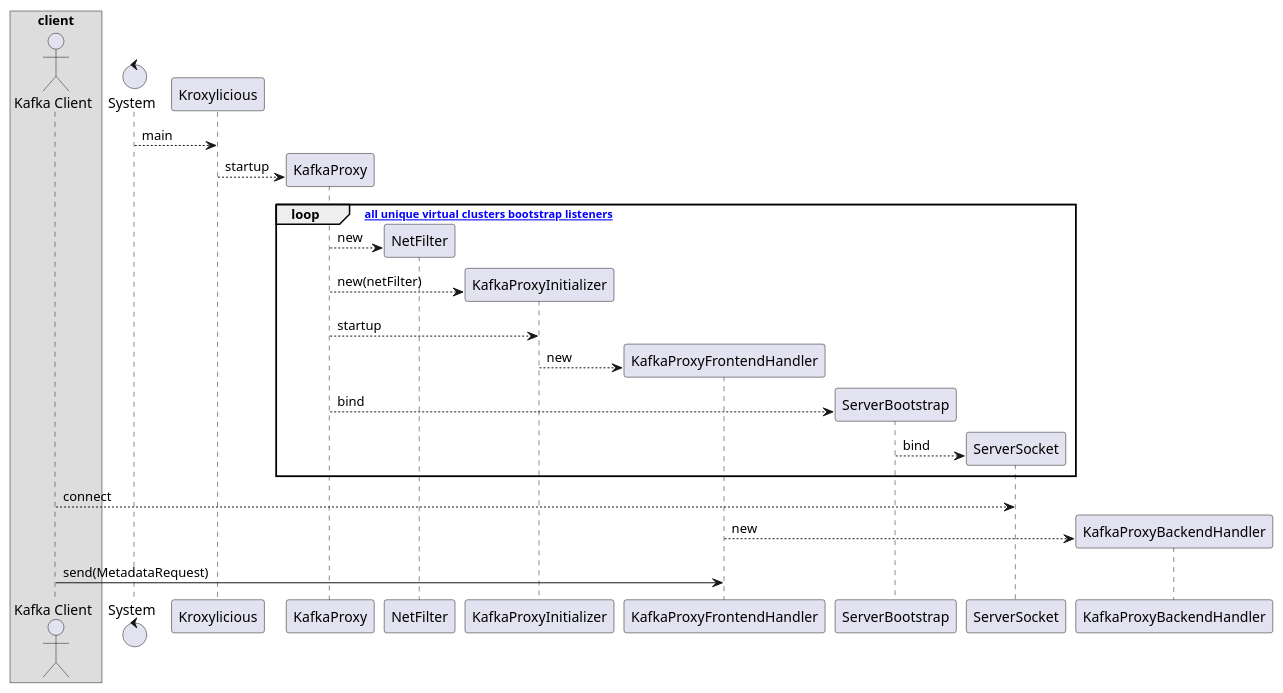
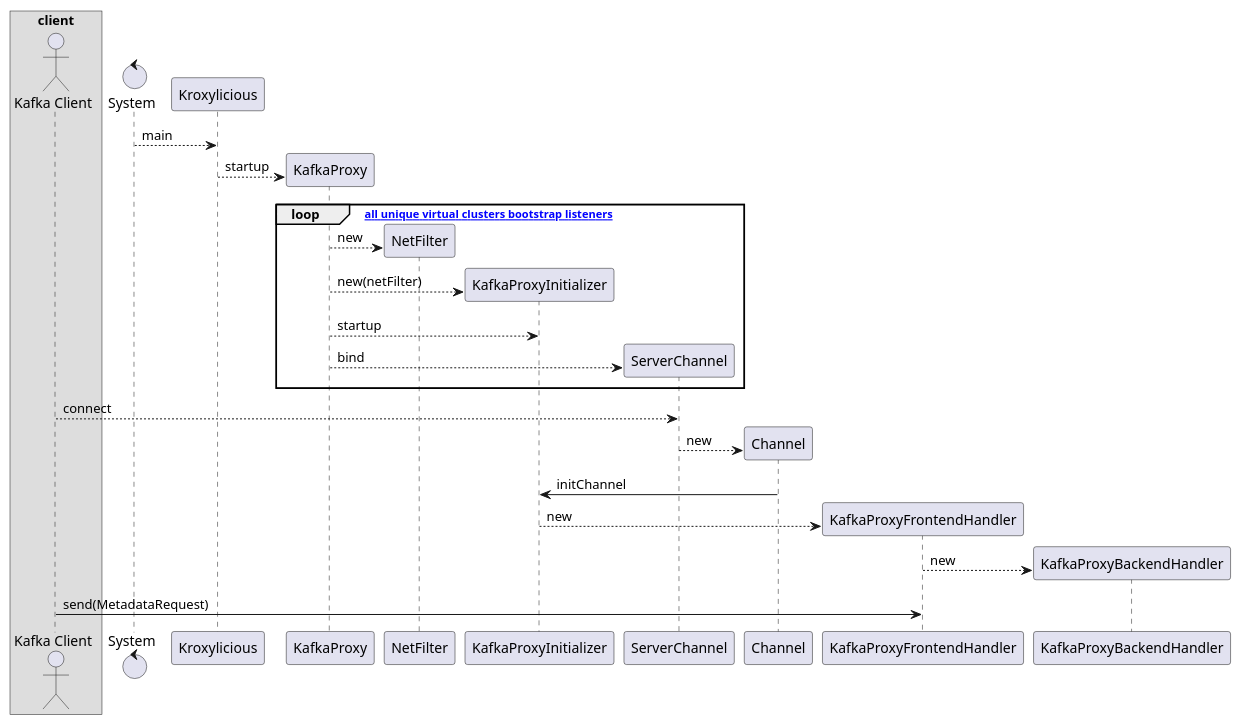
One commit to kroxylicious/design changed the diagram in proposals/001/seq.puml. Above: the diagram before and after it, drawn with PlantUML.

Commit message:
Update seq.puml
update

```diff
--- a/proposals/001/seq.puml
+++ b/proposals/001/seq.puml
@@ -1,37 +1,39 @@
 @startuml
 box client
 Actor "Kafka Client"
 end box
 
 Control "System"
 
 System --> Kroxylicious: main
 create KafkaProxy
 Kroxylicious --> KafkaProxy: startup
 
 loop [for all unique virtual clusters bootstrap listeners]
   create NetFilter
   KafkaProxy --> NetFilter: new
 
   create KafkaProxyInitializer
   KafkaProxy --> KafkaProxyInitializer: new(netFilter)
   KafkaProxy --> KafkaProxyInitializer: startup
-  create KafkaProxyFrontendHandler
-  KafkaProxyInitializer --> KafkaProxyFrontendHandler: new
 
-  create ServerBootstrap
-  KafkaProxy --> ServerBootstrap: bind
-  create ServerSocket
-  ServerBootstrap --> ServerSocket: bind
+  create ServerChannel
+  KafkaProxy --> ServerChannel: bind
 end
 
 
-"Kafka Client" --> ServerSocket: connect
+"Kafka Client" --> ServerChannel: connect
+create Channel
+ServerChannel --> Channel: new
+Channel -> KafkaProxyInitializer: initChannel
+
+create KafkaProxyFrontendHandler
+KafkaProxyInitializer --> KafkaProxyFrontendHandler: new
 
 create KafkaProxyBackendHandler
 KafkaProxyFrontendHandler --> KafkaProxyBackendHandler: new
 
 "Kafka Client" -> KafkaProxyFrontendHandler: send(MetadataRequest)
 
 
 @enduml
```
